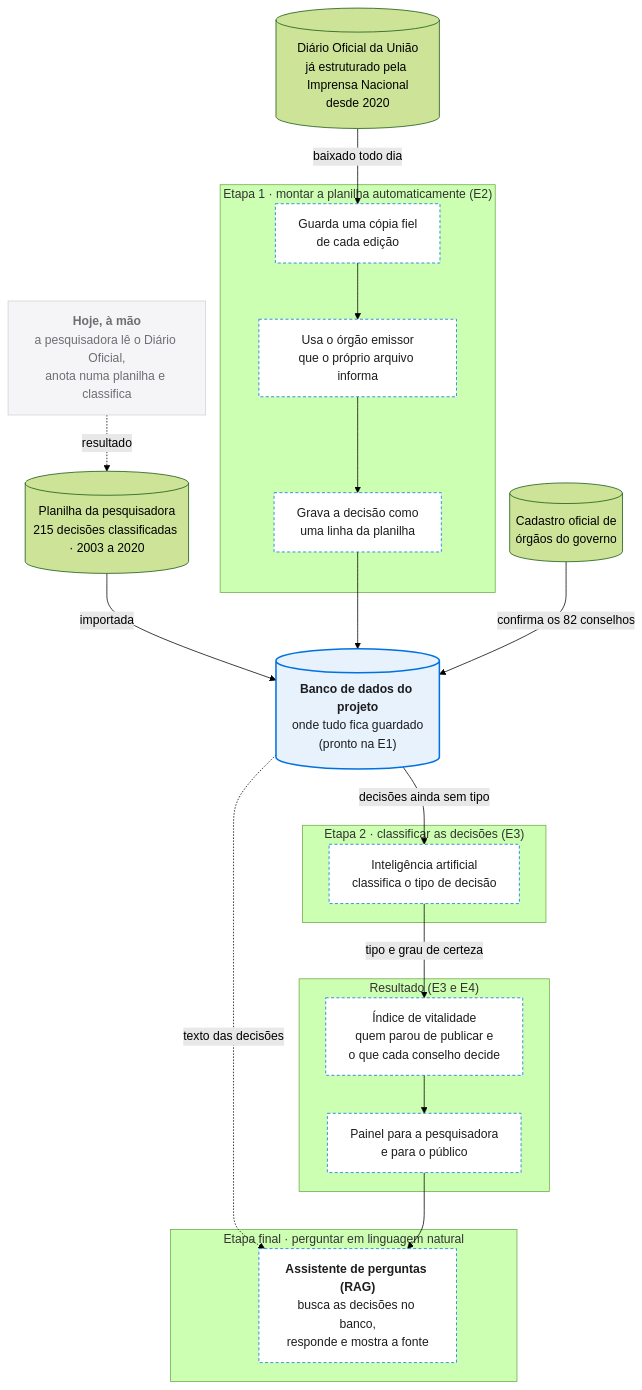
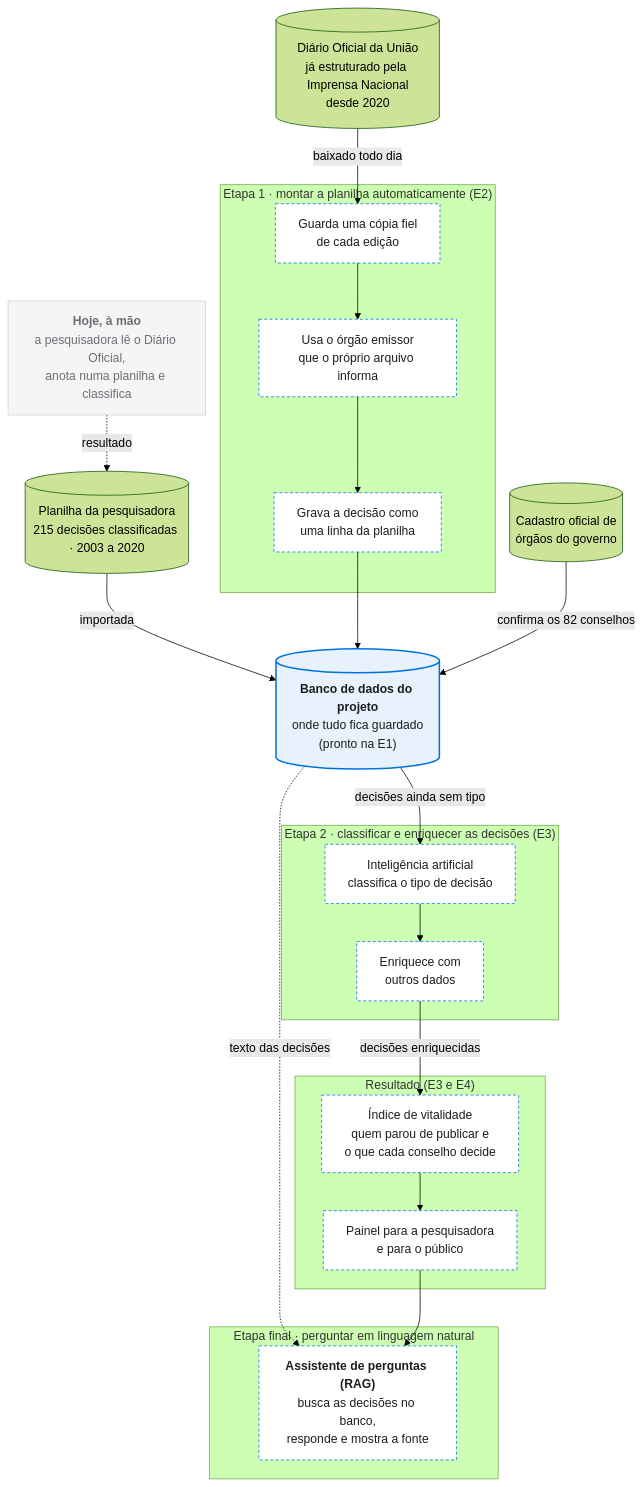
The diagram in site/jornada-do-dado.md (Luidooo/conselhos-vivos), drawn with Mermaid (forest theme) before and after one commit.

Commit message:
docs(site): caixa "enriquece com outros dados" na etapa da E3 do diagrama

````diff
--- a/site/jornada-do-dado.md
+++ b/site/jornada-do-dado.md
@@ -52,41 +52,41 @@
 ```mermaid
 flowchart TB
   manual["<b>Hoje, à mão</b><br/>a pesquisadora lê o Diário Oficial,<br/>anota numa planilha e classifica"]
   manual -. "resultado" .-> xlsx[("Planilha da pesquisadora<br/>215 decisões classificadas · 2003 a 2020")]
   xlsx -- "importada" --> oltp
 
   dou[("Diário Oficial da União<br/>já estruturado pela Imprensa Nacional<br/>desde 2020")] -- "baixado todo dia" --> bronze
 
   subgraph etapa1["Etapa 1 · montar a planilha automaticamente (E2)"]
     bronze["Guarda uma cópia fiel<br/>de cada edição"] --> conselho["Usa o órgão emissor<br/>que o próprio arquivo informa"]
     conselho --> linha["Grava a decisão como<br/>uma linha da planilha"]
   end
 
   linha --> oltp[("<b>Banco de dados do projeto</b><br/>onde tudo fica guardado<br/>(pronto na E1)")]
   siorg[("Cadastro oficial de<br/>órgãos do governo")] -- "confirma os 82 conselhos" --> oltp
 
-  subgraph etapa2["Etapa 2 · classificar as decisões (E3)"]
-    ia["Inteligência artificial<br/>classifica o tipo de decisão"]
+  subgraph etapa2["Etapa 2 · classificar e enriquecer as decisões (E3)"]
+    ia["Inteligência artificial<br/>classifica o tipo de decisão"] --> outros["Enriquece com<br/>outros dados"]
   end
 
   oltp -- "decisões ainda sem tipo" --> ia
-  ia -- "tipo e grau de certeza" --> ind
+  outros -- "decisões enriquecidas" --> ind
 
   subgraph consumo["Resultado (E3 e E4)"]
     ind["Índice de vitalidade<br/>quem parou de publicar e<br/>o que cada conselho decide"] --> pub["Painel para a pesquisadora<br/>e para o público"]
   end
 
   subgraph final["Etapa final · perguntar em linguagem natural"]
     rag["<b>Assistente de perguntas (RAG)</b><br/>busca as decisões no banco,<br/>responde e mostra a fonte"]
   end
 
   oltp -. "texto das decisões" .-> rag
   pub --> rag
 
   classDef manual fill:#f5f5f7,stroke:#d2d2d7,color:#6e6e73
   classDef feito fill:#e8f2fd,stroke:#0071e3,stroke-width:2px,color:#1d1d1f
   classDef proximo fill:#ffffff,stroke:#0071e3,stroke-dasharray:4 3,color:#1d1d1f
   class manual manual
   class oltp feito
-  class bronze,conselho,linha,ia,ind,pub,rag proximo
+  class bronze,conselho,linha,ia,outros,ind,pub,rag proximo
 ```
````
